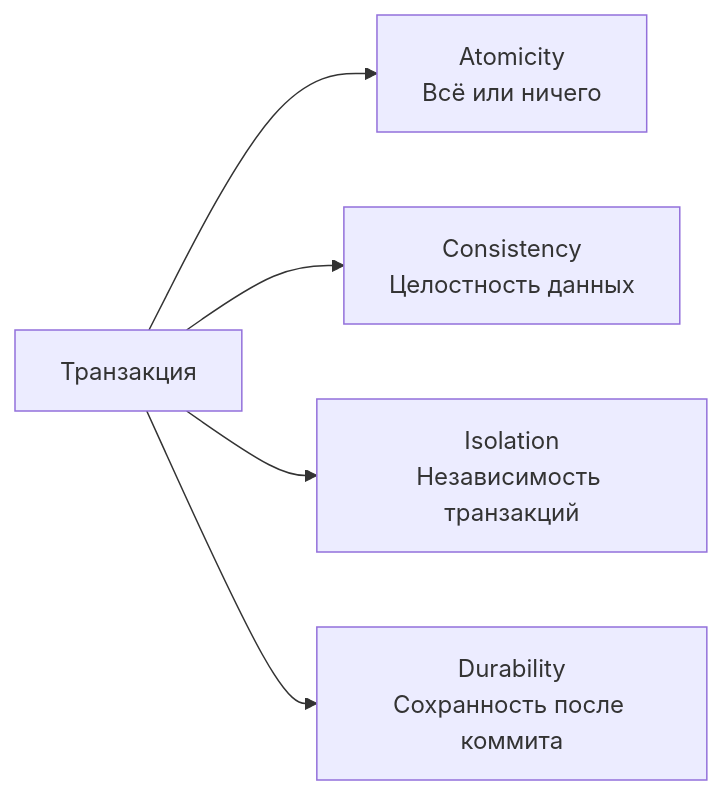
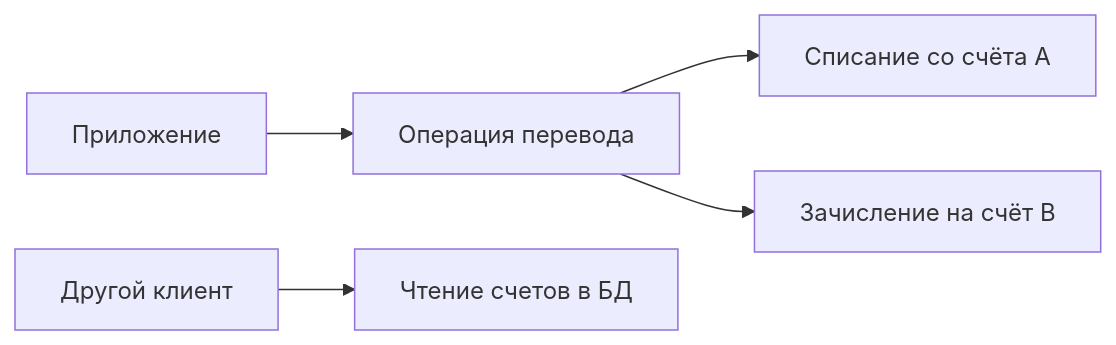
The first of 7 diagrams in cheatsheets/interview/databases/database-transactions-interview.md (akeverus/cheat-sheet), drawn with Mermaid before and after one commit. The commit also changed other lines of this file and 2 other files, not shown here.

````diff
--- a/cheatsheets/interview/databases/database-transactions-interview.md
+++ b/cheatsheets/interview/databases/database-transactions-interview.md
@@ -124,7 +124,7 @@
 ```mermaid
-graph LR
-    T[Транзакция] --> A[Atomicity<br/>Всё или ничего]
-    T --> C[Consistency<br/>Целостность данных]
-    T --> I[Isolation<br/>Независимость транзакций]
-    T --> D[Durability<br/>Сохранность после коммита]
+flowchart LR
+    App[Приложение] --> T[Операция перевода]
+    T --> A[Списание со счёта A]
+    T --> B[Зачисление на счёт B]
+    C[Другой клиент] --> DB[Чтение счетов в БД]
 ```
````
